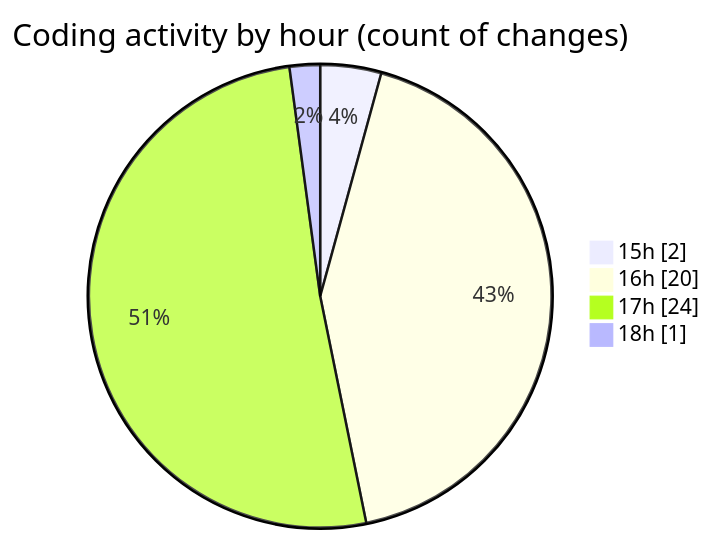
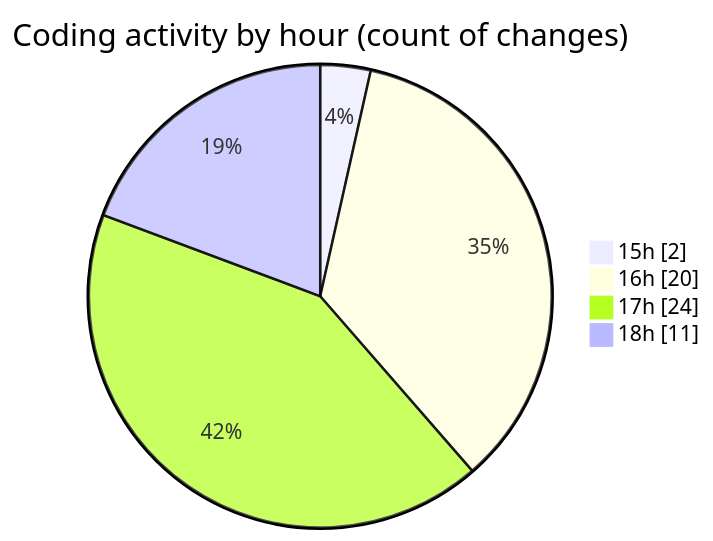
The second of 2 diagrams in 2025-08-09/nxtqube_webapp/README.md (nxtqubesakshisongat/code-tracking), drawn with Mermaid before and after one commit. The commit also changed other lines of this file and 1 other file, not shown here.

````diff
--- a/2025-08-09/nxtqube_webapp/README.md
+++ b/2025-08-09/nxtqube_webapp/README.md
@@ -29,8 +29,8 @@
 ```mermaid
 pie showData
 title Coding activity by hour (count of changes)
 "15h" : 2
 "16h" : 20
 "17h" : 24
-"18h" : 1
+"18h" : 11
 ```
````
